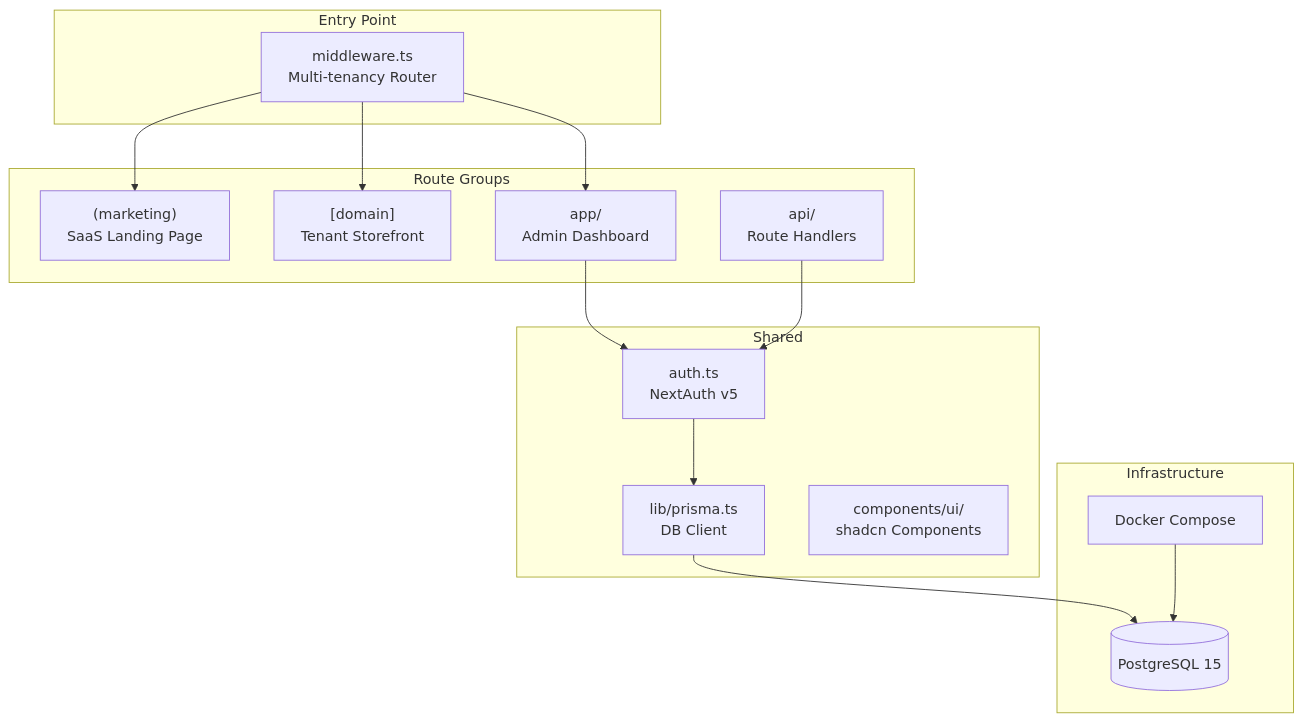
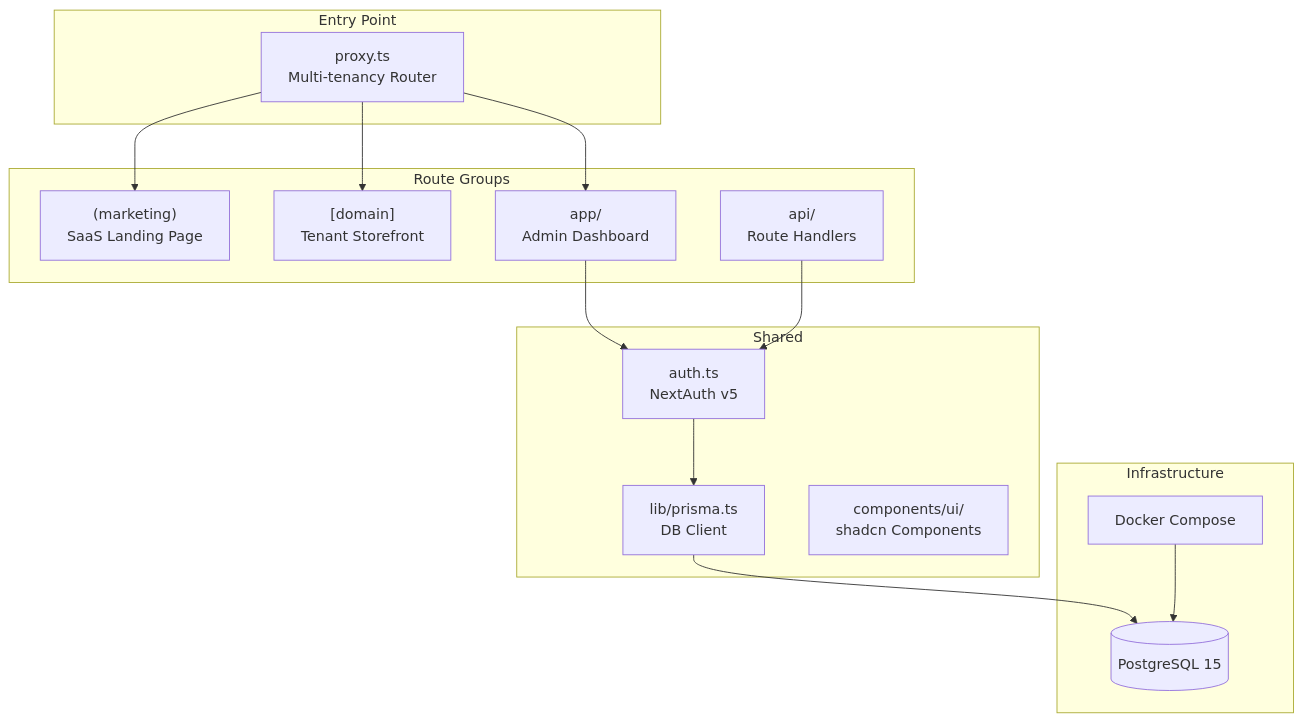
One commit to EliasHead/box-shop changed the diagram in .specs/codebase/ARCHITECTURE.md. Above: the diagram before and after it, drawn with Mermaid. The commit also changed other lines of this file and 3 other files, not shown here.

First line of the commit message:
refactor: migrate middleware.ts to Next.js 16 proxy convention

````diff
--- a/.specs/codebase/ARCHITECTURE.md
+++ b/.specs/codebase/ARCHITECTURE.md
@@ -7,33 +7,33 @@
 ```mermaid
 graph TD
     subgraph "Entry Point"
-        MW[middleware.ts<br/>Multi-tenancy Router]
+        MW[proxy.ts<br/>Multi-tenancy Router]
     end
 
     subgraph "Route Groups"
         MK["(marketing)<br/>SaaS Landing Page"]
         SF["[domain]<br/>Tenant Storefront"]
         APP["app/<br/>Admin Dashboard"]
         API["api/<br/>Route Handlers"]
     end
 
     subgraph "Shared"
         AUTH[auth.ts<br/>NextAuth v5]
         PRISMA[lib/prisma.ts<br/>DB Client]
         UI[components/ui/<br/>shadcn Components]
     end
 
     subgraph "Infrastructure"
         PG[(PostgreSQL 15)]
         DOCKER[Docker Compose]
     end
 
     MW --> MK
     MW --> SF
     MW --> APP
     APP --> AUTH
     AUTH --> PRISMA
     PRISMA --> PG
     API --> AUTH
     DOCKER --> PG
 ```
````
